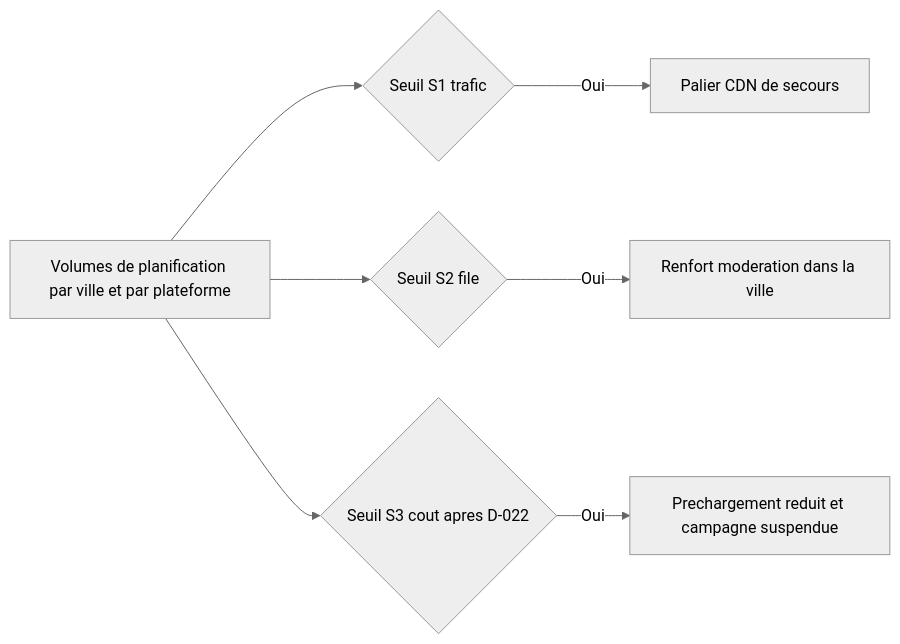
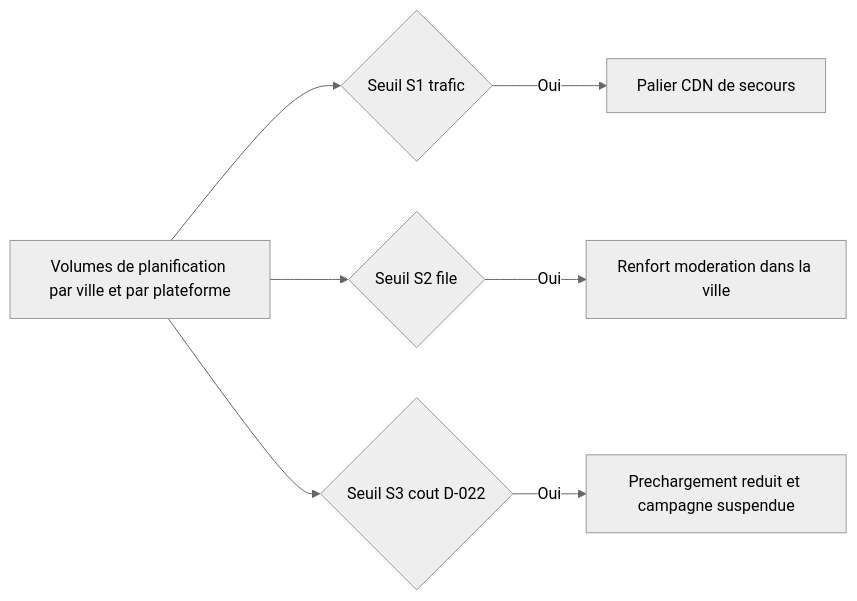
Before and after one commit to Espoir-Loem/Pro: the diagram in docs/Operations/montee-en-charge.md, drawn with Mermaid (neutral theme). The commit also changed other lines of this file, not shown here.

````diff
--- a/docs/Operations/montee-en-charge.md
+++ b/docs/Operations/montee-en-charge.md
@@ -33,9 +33,9 @@
 ```mermaid
 flowchart LR
   A["Volumes de planification par ville et par plateforme"] --> B{"Seuil S1 trafic"}
   B -->|Oui| C["Palier CDN de secours"]
   A --> D{"Seuil S2 file"}
   D -->|Oui| E["Renfort moderation dans la ville"]
-  A --> F{"Seuil S3 cout apres D-022"}
+  A --> F{"Seuil S3 cout D-022"}
   F -->|Oui| G["Prechargement reduit et campagne suspendue"]
 ```
````
